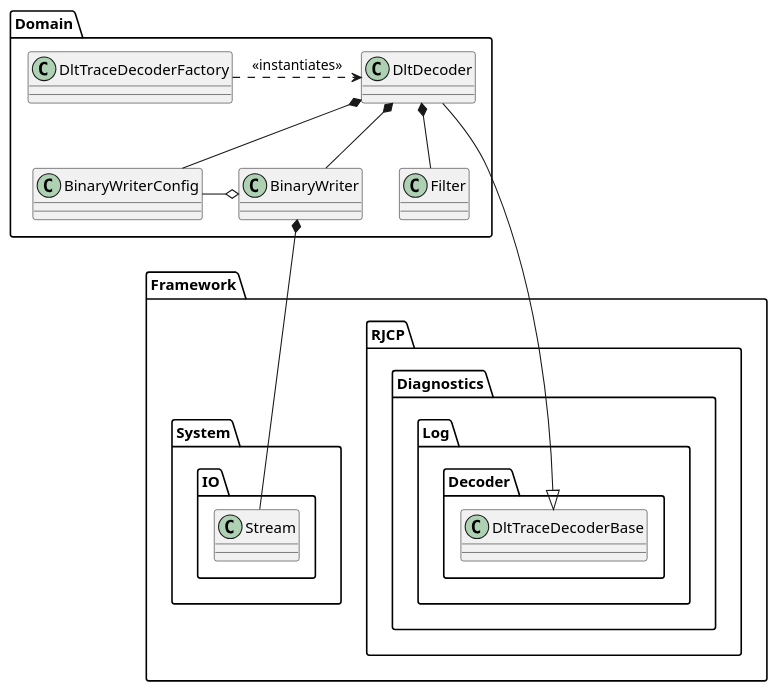
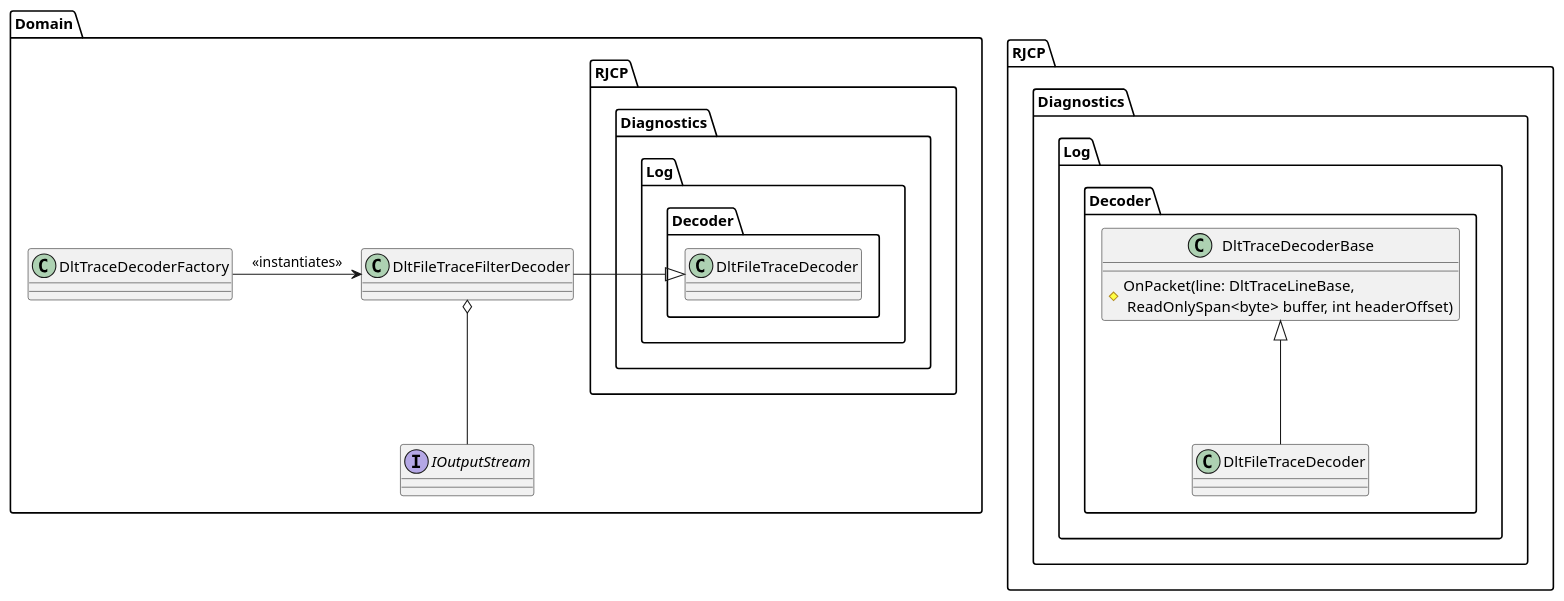
One commit to jcurl/RJCP.DLL.Log changed the diagram in apps/DltDump/docs/diagrams/domaindecoder.plantuml. Above: the diagram before and after it, drawn with PlantUML. The commit also changed 8 other files, not shown here.

```diff
--- a/apps/DltDump/docs/diagrams/domaindecoder.plantuml
+++ b/apps/DltDump/docs/diagrams/domaindecoder.plantuml
@@ -1,30 +1,22 @@
 @startuml Domain.Decoder.Writer
 
 namespace Domain {
   class DltTraceDecoderFactory
-  class DltDecoder
-  class BinaryWriter
-  class Filter
-  class BinaryWriterConfig
+  interface IOutputStream
 
-  DltTraceDecoderFactory .r.> DltDecoder : <<instantiates>>
-  DltDecoder *-d- Filter
-  DltDecoder *-d- BinaryWriter
-  DltDecoder *-d- BinaryWriterConfig
+  DltTraceDecoderFactory -r-> DltFileTraceFilterDecoder : <<instantiates>>
 
-  BinaryWriterConfig -r-o BinaryWriter
+  class DltFileTraceFilterDecoder
+  DltFileTraceFilterDecoder -r-|> RJCP.Diagnostics.Log.Decoder.DltFileTraceDecoder
+  DltFileTraceFilterDecoder o-d- IOutputStream
 }
 
-namespace Framework {
-    namespace System.IO {
-        class Stream
+namespace RJCP.Diagnostics.Log.Decoder {
+    class DltTraceDecoderBase {
+        #OnPacket(line: DltTraceLineBase,\n ReadOnlySpan<byte> buffer, int headerOffset)
     }
+    class DltFileTraceDecoder
+   DltTraceDecoderBase <|-d- DltFileTraceDecoder
+}
 
-    namespace RJCP.Diagnostics.Log.Decoder {
-        class DltTraceDecoderBase
-    }
-
-    Domain.BinaryWriter *-- System.IO.Stream
-    Domain.DltDecoder --|> RJCP.Diagnostics.Log.Decoder.DltTraceDecoderBase
-}
 @enduml
```
